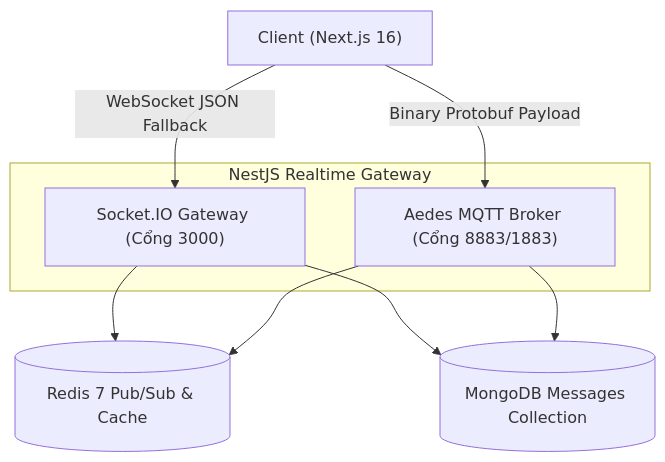
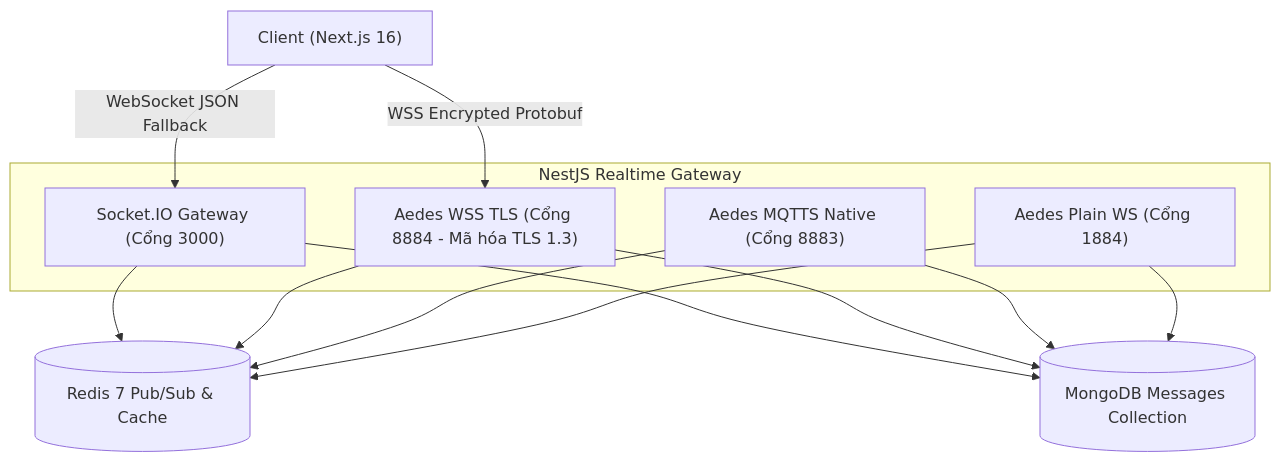
Before and after one commit to ngocquydev/ChatApp: the diagram in docs/features/chat-realtime.md, drawn with Mermaid. The commit also changed other lines of this file and 11 other files, not shown here.

Commit message:
feat(mqtt): enable tls/wss packet encryption and anti-spoofing security

````diff
--- a/docs/features/chat-realtime.md
+++ b/docs/features/chat-realtime.md
@@ -47,17 +47,23 @@
 ```mermaid
 graph TD
     Client["Client (Next.js 16)"]
     subgraph Gateway ["NestJS Realtime Gateway"]
         SIO["Socket.IO Gateway (Cổng 3000)"]
-        MQTT["Aedes MQTT Broker (Cổng 8883/1883)"]
+        MQTT_TLS["Aedes WSS TLS (Cổng 8884 - Mã hóa TLS 1.3)"]
+        MQTT_TCP["Aedes MQTTS Native (Cổng 8883)"]
+        MQTT_DEV["Aedes Plain WS (Cổng 1884)"]
     end
     DB[("MongoDB Messages Collection")]
     Cache[("Redis 7 Pub/Sub & Cache")]
 
     Client -- "WebSocket JSON Fallback" --> SIO
-    Client -- "Binary Protobuf Payload" --> MQTT
+    Client -- "WSS Encrypted Protobuf" --> MQTT_TLS
     SIO --> Cache
-    MQTT --> Cache
+    MQTT_TLS --> Cache
+    MQTT_TCP --> Cache
+    MQTT_DEV --> Cache
     SIO --> DB
-    MQTT --> DB
+    MQTT_TLS --> DB
+    MQTT_TCP --> DB
+    MQTT_DEV --> DB
 ```
````
